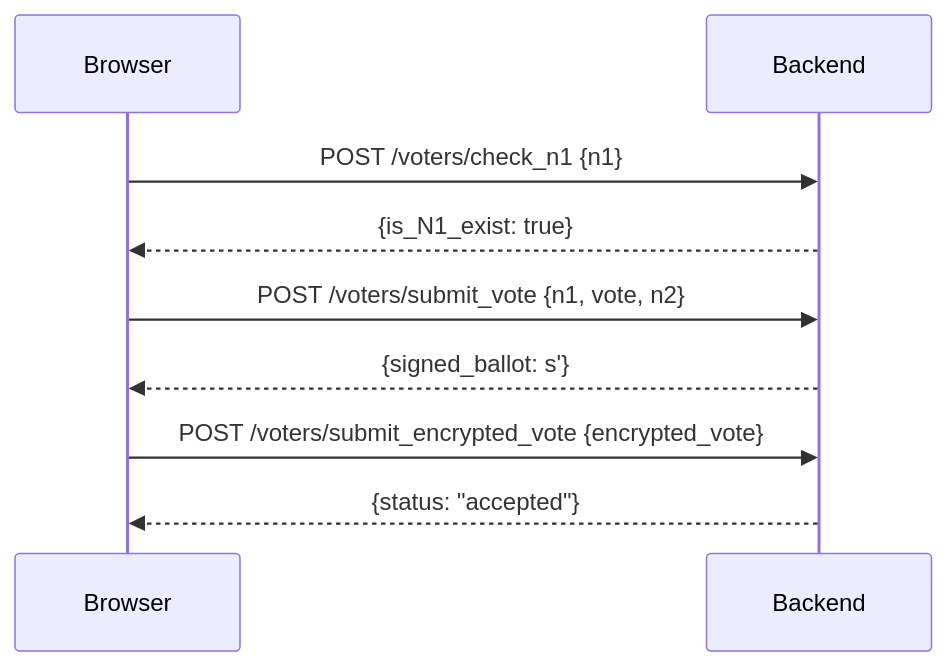
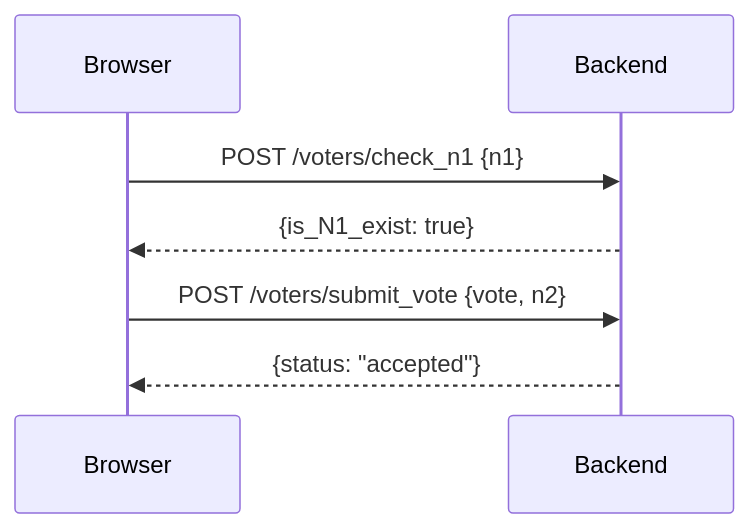
One commit to Crypto-Project-ENSTA/docs changed the third of 3 diagrams in frontend/architecture.mdx. Above: the diagram before and after it, drawn with Mermaid. The commit also changed other lines of this file and 1 other file, not shown here.

````diff
--- a/frontend/architecture.mdx
+++ b/frontend/architecture.mdx
@@ -92,12 +109,10 @@
 ```mermaid
 sequenceDiagram
     participant Browser
     participant Backend
 
     Browser->>Backend: POST /voters/check_n1 {n1}
     Backend-->>Browser: {is_N1_exist: true}
-    Browser->>Backend: POST /voters/submit_vote {n1, vote, n2}
-    Backend-->>Browser: {signed_ballot: s'}
-    Browser->>Backend: POST /voters/submit_encrypted_vote {encrypted_vote}
+    Browser->>Backend: POST /voters/submit_vote {vote, n2}
     Backend-->>Browser: {status: "accepted"}
 ```
````
